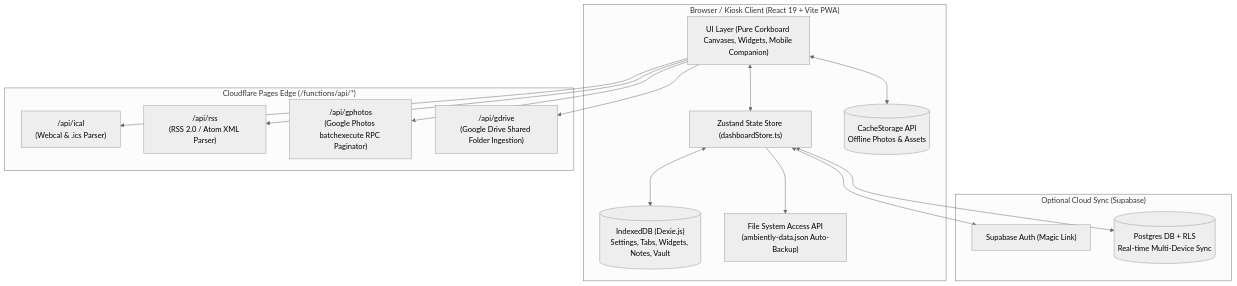
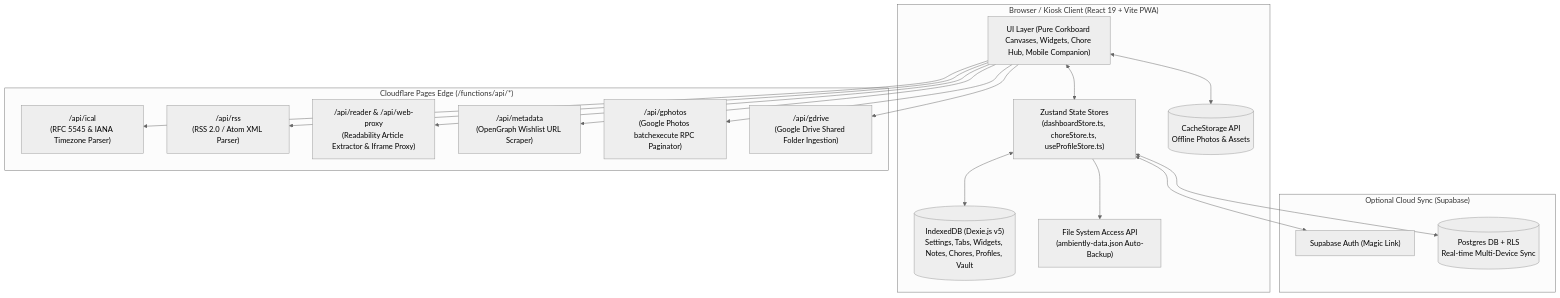
One commit to Genghis1227/ambiently changed the diagram in ARCHITECTURE.md. Above: the diagram before and after it, drawn with Mermaid (neutral theme). The commit also changed other lines of this file and 10 other files, not shown here.

````diff
--- a/ARCHITECTURE.md
+++ b/ARCHITECTURE.md
@@ -7,33 +7,37 @@
 ```mermaid
 flowchart TB
     subgraph Client ["Browser / Kiosk Client (React 19 + Vite PWA)"]
-        UI["UI Layer (Pure Corkboard Canvases, Widgets, Mobile Companion)"]
-        Store["Zustand State Store (dashboardStore.ts)"]
-        IDB[("IndexedDB (Dexie.js)\nSettings, Tabs, Widgets, Notes, Vault")]
+        UI["UI Layer (Pure Corkboard Canvases, Widgets, Chore Hub, Mobile Companion)"]
+        Store["Zustand State Stores\n(dashboardStore.ts, choreStore.ts, useProfileStore.ts)"]
+        IDB[("IndexedDB (Dexie.js v5)\nSettings, Tabs, Widgets, Notes, Chores, Profiles, Vault")]
         Cache[("CacheStorage API\nOffline Photos & Assets")]
         FSA["File System Access API\n(ambiently-data.json Auto-Backup)"]
     end
 
     subgraph Edge ["Cloudflare Pages Edge (/functions/api/*)"]
-        ICalProxy["/api/ical\n(Webcal & .ics Parser)"]
+        ICalProxy["/api/ical\n(RFC 5545 & IANA Timezone Parser)"]
         RssProxy["/api/rss\n(RSS 2.0 / Atom XML Parser)"]
+        ReaderProxy["/api/reader & /api/web-proxy\n(Readability Article Extractor & Iframe Proxy)"]
+        MetadataProxy["/api/metadata\n(OpenGraph Wishlist URL Scraper)"]
         GPhotosProxy["/api/gphotos\n(Google Photos batchexecute RPC Paginator)"]
         GDriveProxy["/api/gdrive\n(Google Drive Shared Folder Ingestion)"]
     end
 
     subgraph Cloud ["Optional Cloud Sync (Supabase)"]
         Auth["Supabase Auth (Magic Link)"]
         PG[("Postgres DB + RLS\nReal-time Multi-Device Sync")]
     end
 
     UI <--> Store
     Store <--> IDB
     Store --> FSA
     UI <--> Cache
     UI --> ICalProxy
     UI --> RssProxy
+    UI --> ReaderProxy
+    UI --> MetadataProxy
     UI --> GPhotosProxy
     UI --> GDriveProxy
     Store <--> Auth
     Store <--> PG
 ```
````
